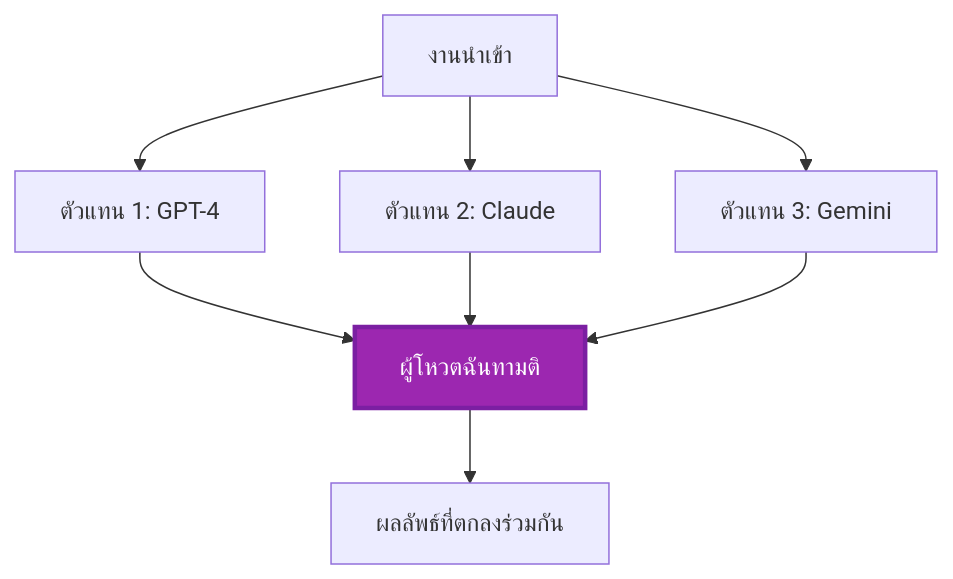
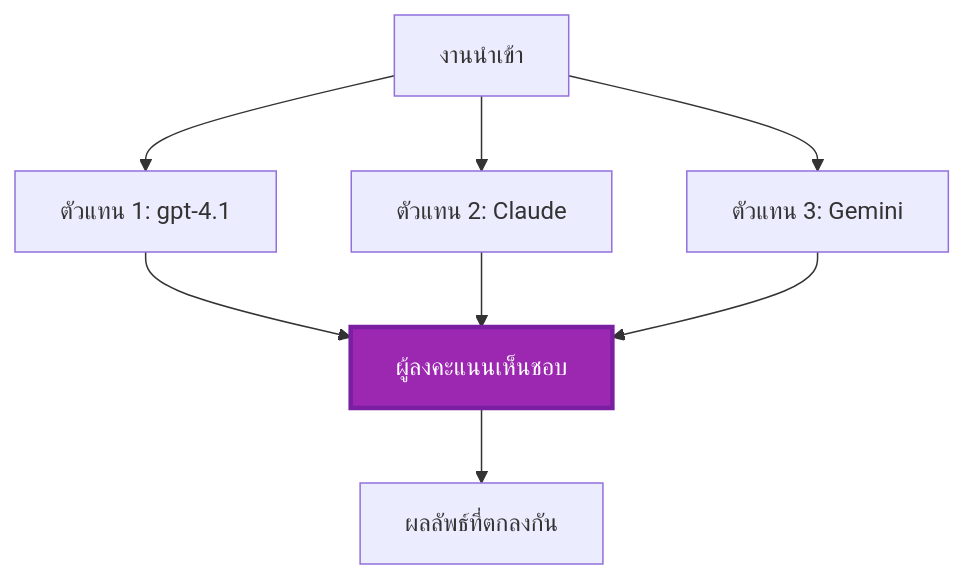
One commit to microsoft/AZD-for-beginners changed the fifth of 6 diagrams in translations/th/docs/chapter-06-pre-deployment/coordination-patterns.md. Above: the diagram before and after it, drawn with Mermaid. The commit also changed other lines of this file and 101 other files, not shown here.

````diff
--- a/translations/th/docs/chapter-06-pre-deployment/coordination-patterns.md
+++ b/translations/th/docs/chapter-06-pre-deployment/coordination-patterns.md
@@ -232,19 +225,19 @@
 ```mermaid
 graph TB
     Input[งานนำเข้า]
-    Agent1[ตัวแทน 1: GPT-4]
+    Agent1[ตัวแทน 1: gpt-4.1]
     Agent2[ตัวแทน 2: Claude]
     Agent3[ตัวแทน 3: Gemini]
-    Voter[ผู้โหวตฉันทามติ]
-    Output[ผลลัพธ์ที่ตกลงร่วมกัน]
+    Voter[ผู้ลงคะแนนเห็นชอบ]
+    Output[ผลลัพธ์ที่ตกลงกัน]
     
     Input --> Agent1
     Input --> Agent2
     Input --> Agent3
     Agent1 --> Voter
     Agent2 --> Voter
     Agent3 --> Voter
     Voter --> Output
     
     style Voter fill:#9C27B0,stroke:#7B1FA2,stroke-width:3px,color:#fff
 ```
````
